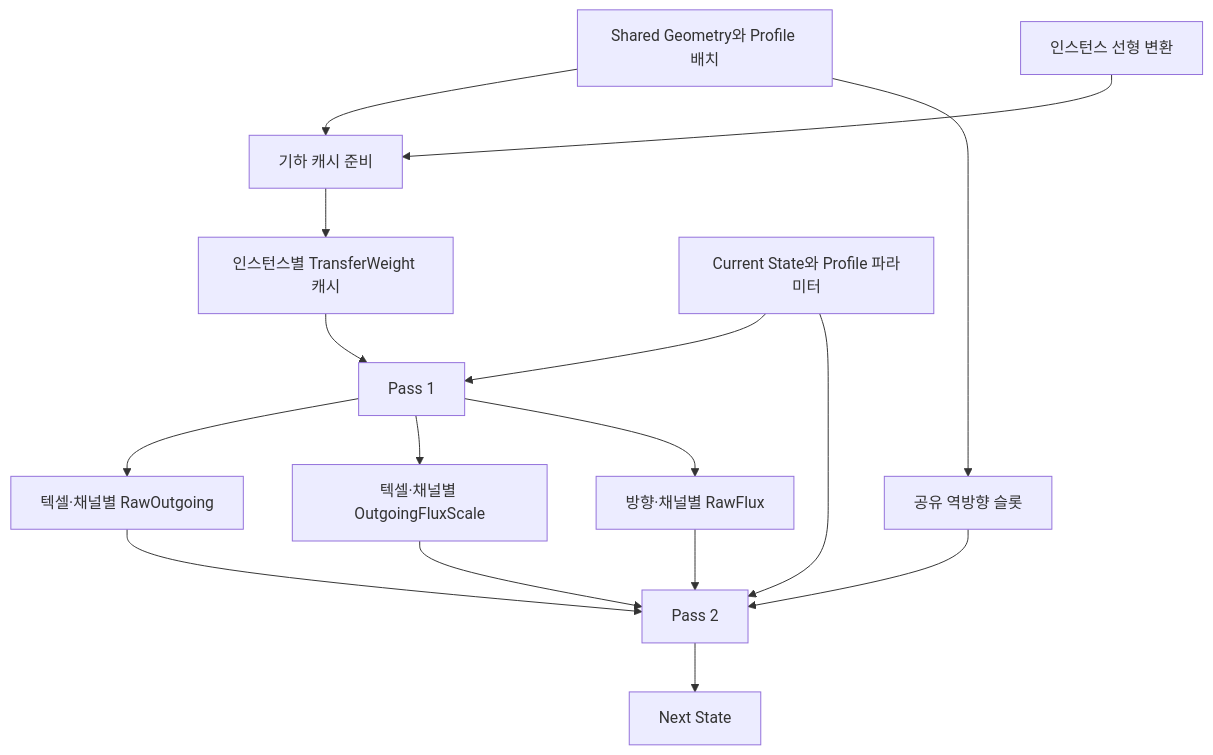
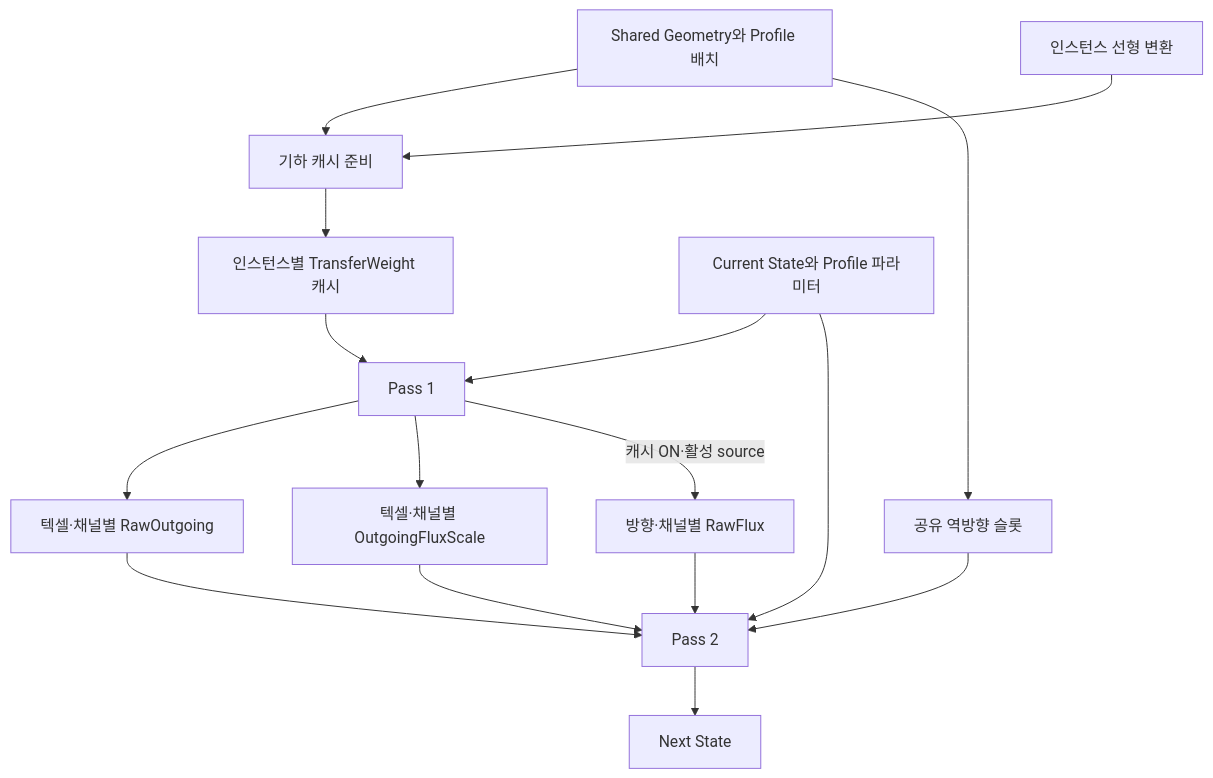
Before and after one commit to Yonaim/Material-Dependent-Surface-State-Engine: the first of 2 diagrams in Docs/MDSSP-Vault/04_Architecture/0007_Surface-Solver-Cache.md, drawn with Mermaid. The commit also changed other lines of this file and 3 other files, not shown here.

````diff
--- a/Docs/MDSSP-Vault/04_Architecture/0007_Surface-Solver-Cache.md
+++ b/Docs/MDSSP-Vault/04_Architecture/0007_Surface-Solver-Cache.md
@@ -17,18 +31,18 @@
 ```mermaid
 flowchart TD
     Shared[Shared Geometry와 Profile 배치] --> Prep[기하 캐시 준비]
     Transform[인스턴스 선형 변환] --> Prep
     Prep --> Weight[인스턴스별 TransferWeight 캐시]
     Current[Current State와 Profile 파라미터] --> P1[Pass 1]
     Weight --> P1
     P1 --> Sum[텍셀·채널별 RawOutgoing]
     P1 --> Alpha[텍셀·채널별 OutgoingFluxScale]
     Sum --> P2[Pass 2]
     Alpha --> P2
-    P1 --> Flux[방향·채널별 RawFlux]
+    P1 -->|캐시 ON·활성 source| Flux[방향·채널별 RawFlux]
     Flux --> P2
     Shared --> Reverse[공유 역방향 슬롯]
     Reverse --> P2
     Current --> P2
     P2 --> Next[Next State]
 ```
````
